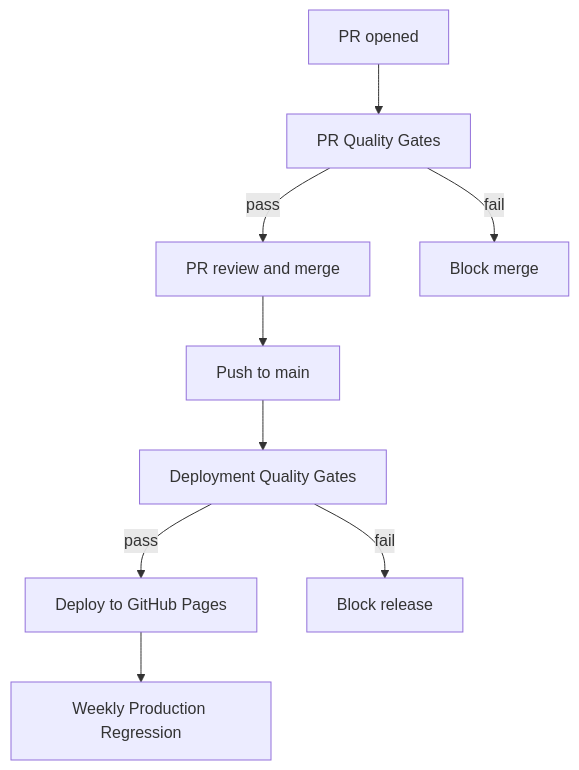
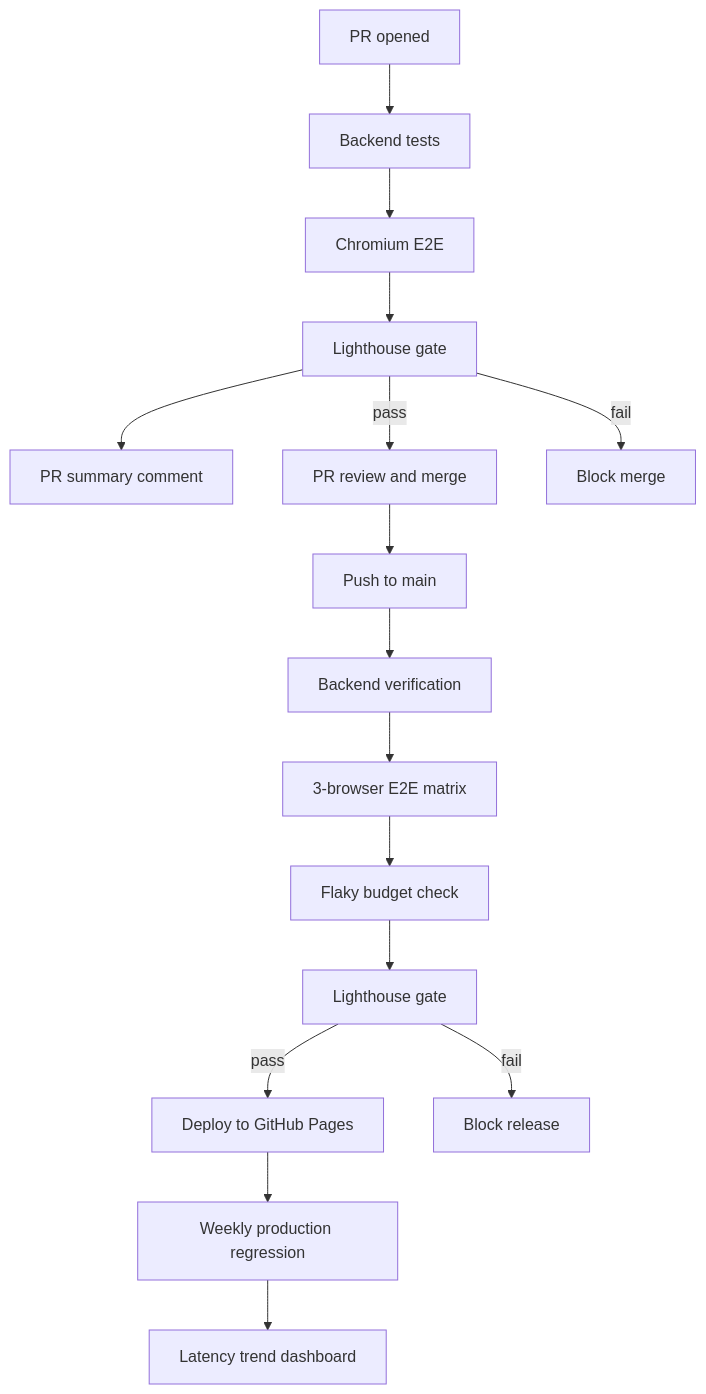
The fourth of 4 diagrams in README.md (David101111101/PortfolioReactAppRepo), drawn with Mermaid before and after one commit. The commit also changed other lines of this file and 9 other files, not shown here.

````diff
--- a/README.md
+++ b/README.md
@@ -207,11 +163,18 @@
 ```mermaid
 flowchart TD
-  PR[PR opened] --> PRQG[PR Quality Gates]
-  PRQG -->|pass| Merge[PR review and merge]
-  PRQG -->|fail| StopPR[Block merge]
-  Merge --> Main[Push to main]
-  Main --> DQG[Deployment Quality Gates]
-  DQG -->|pass| Pages[Deploy to GitHub Pages]
-  DQG -->|fail| StopDeploy[Block release]
-  Pages --> Weekly[Weekly Production Regression]
+   PR[PR opened] --> PRBackend[Backend tests]
+   PRBackend --> PRE2E[Chromium E2E]
+   PRE2E --> PRLH[Lighthouse gate]
+   PRLH --> PRComment[PR summary comment]
+   PRLH -->|pass| Merge[PR review and merge]
+   PRLH -->|fail| StopPR[Block merge]
+   Merge --> Main[Push to main]
+   Main --> DepBackend[Backend verification]
+   DepBackend --> DepE2E[3-browser E2E matrix]
+   DepE2E --> FlakyBudget[Flaky budget check]
+   FlakyBudget --> DepLH[Lighthouse gate]
+   DepLH -->|pass| Pages[Deploy to GitHub Pages]
+   DepLH -->|fail| StopDeploy[Block release]
+   Pages --> Weekly[Weekly production regression]
+   Weekly --> Trend[Latency trend dashboard]
 ```
````
